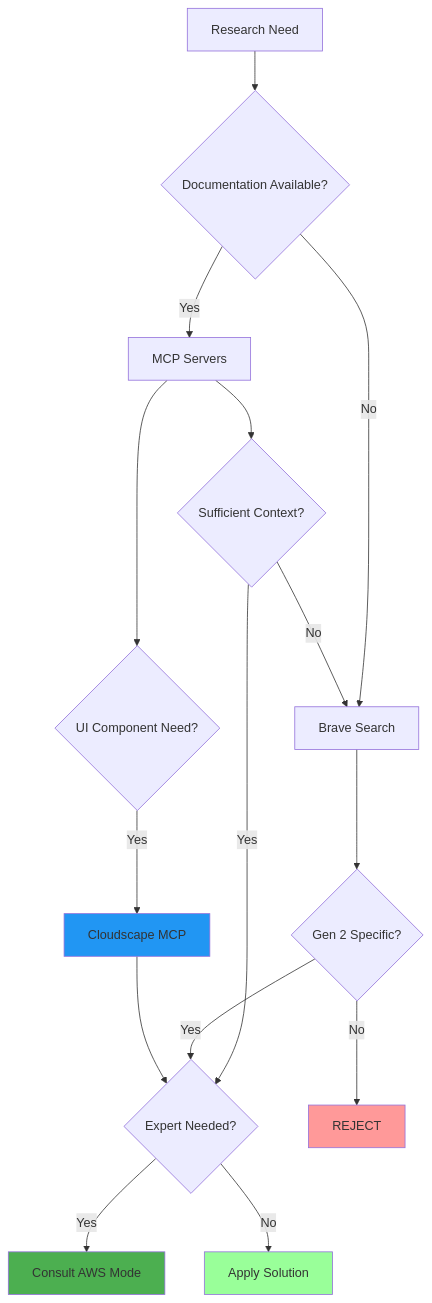
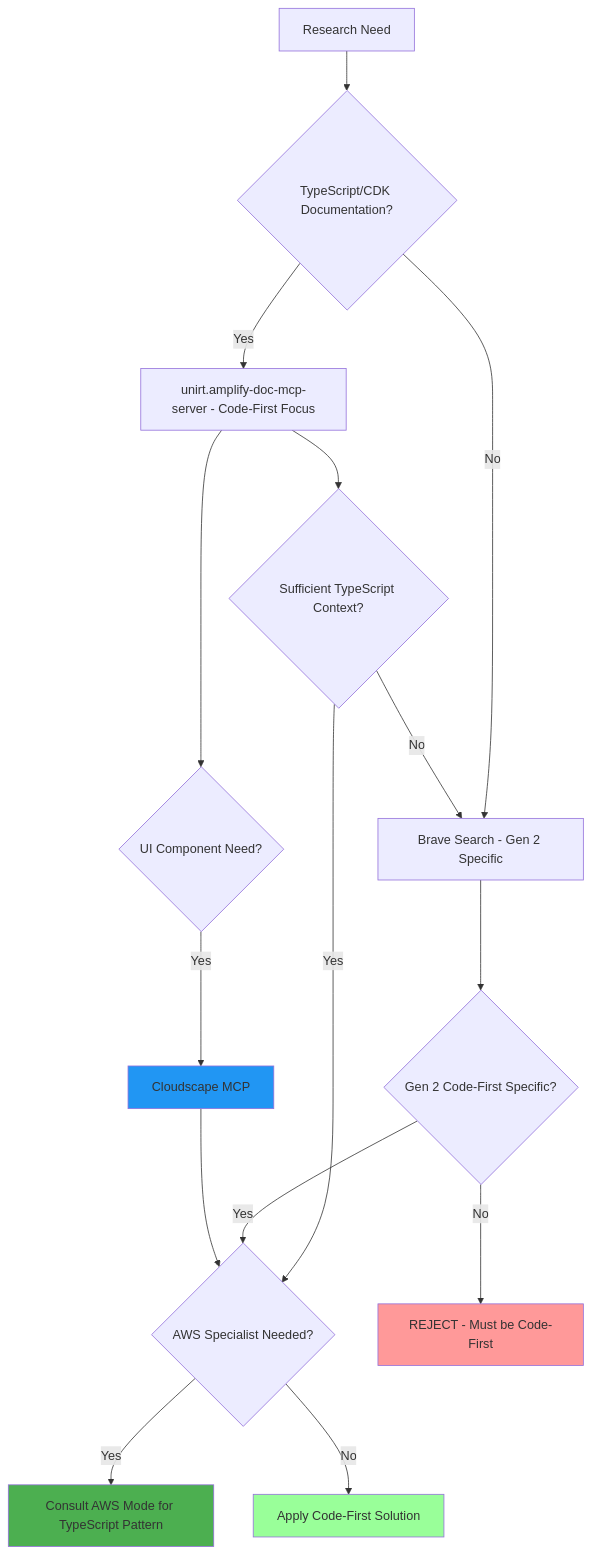
The second of 5 diagrams in AmplifyForge-mode.md (jigza/maestro), drawn with Mermaid before and after one commit. The commit also changed other lines of this file and 5 other files, not shown here.

````diff
--- a/AmplifyForge-mode.md
+++ b/AmplifyForge-mode.md
@@ -127,22 +203,22 @@
 ```mermaid
 graph TD
-    A[Research Need] --> B{Documentation Available?}
-    B -->|Yes| C[MCP Servers]
-    B -->|No| D[Brave Search]
-    C --> E{Sufficient Context?}
+    A[Research Need] --> B{TypeScript/CDK Documentation?}
+    B -->|Yes| C[unirt.amplify-doc-mcp-server - Code-First Focus]
+    B -->|No| D[Brave Search - Gen 2 Specific]
+    C --> E{Sufficient TypeScript Context?}
     E -->|No| D
-    E -->|Yes| F{Expert Needed?}
-    D --> G{Gen 2 Specific?}
-    G -->|No| H[REJECT]
+    E -->|Yes| F{AWS Specialist Needed?}
+    D --> G{Gen 2 Code-First Specific?}
+    G -->|No| H[REJECT - Must be Code-First]
     G -->|Yes| F
-    F -->|Yes| I[Consult AWS Mode]
-    F -->|No| J[Apply Solution]
+    F -->|Yes| I[Consult AWS Mode for TypeScript Pattern]
+    F -->|No| J[Apply Code-First Solution]
     C --> K{UI Component Need?}
     K -->|Yes| L[Cloudscape MCP]
     L --> F
     
     style J fill:#99ff99
     style H fill:#ff9999
     style I fill:#4CAF50
     style L fill:#2196F3
 ```
````
